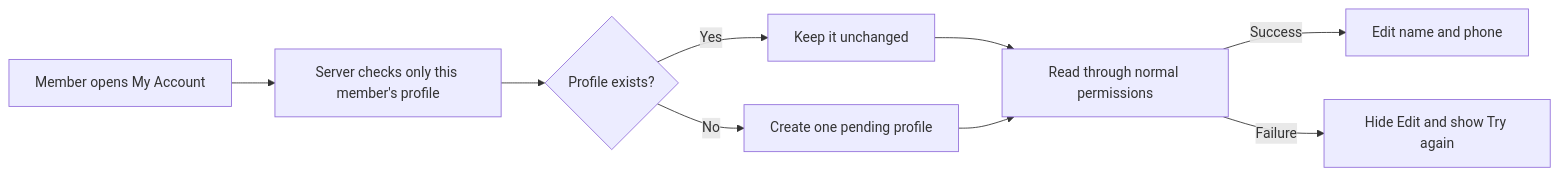
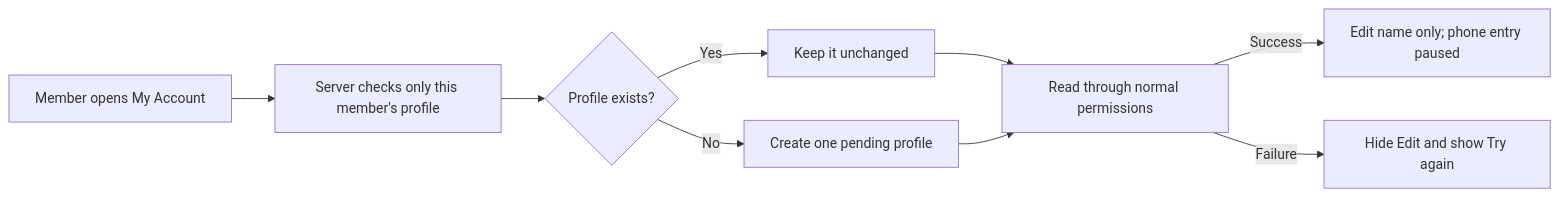
Before and after one commit to Run-MPRC/Run-MPRC.github.io: the third of 5 diagrams in docs/officers/EVENTS_SHOP_MEMBERS.md, drawn with Mermaid. The commit also changed other lines of this file and 9 other files, not shown here.

````diff
--- a/docs/officers/EVENTS_SHOP_MEMBERS.md
+++ b/docs/officers/EVENTS_SHOP_MEMBERS.md
@@ -163,11 +163,11 @@
 ```mermaid
 flowchart LR
     A["Member opens My Account"] --> B["Server checks only this member's profile"]
     B --> C{"Profile exists?"}
     C -- "Yes" --> D["Keep it unchanged"]
     C -- "No" --> E["Create one pending profile"]
     D --> F["Read through normal permissions"]
     E --> F
-    F -- "Success" --> G["Edit name and phone"]
+    F -- "Success" --> G["Edit name only; phone entry paused"]
     F -- "Failure" --> H["Hide Edit and show Try again"]
 ```
````
